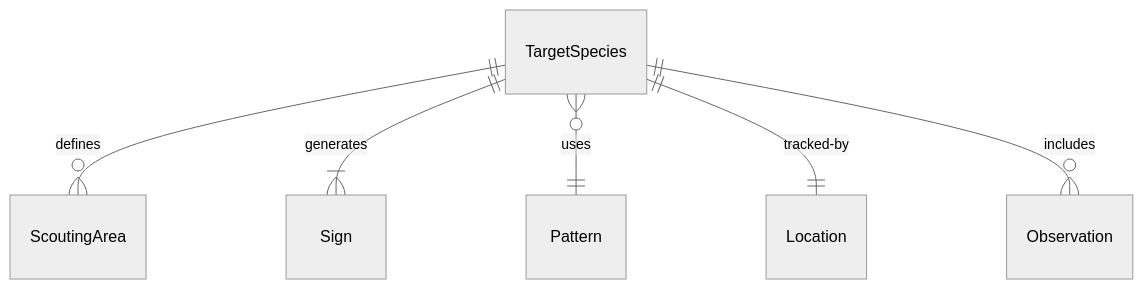
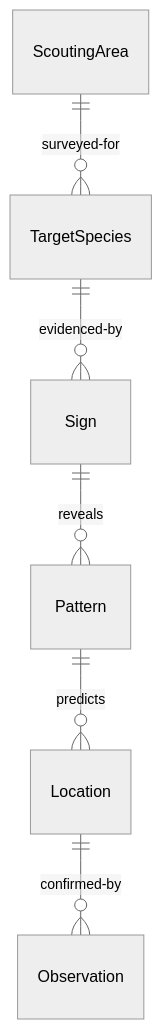
One commit to dot-org-ai/tasks.org.ai changed the first of 4 diagrams in HandlingAndMovingObjects/HuntAnimals/LocateAnimalsFishingHuntingPurposes.mdx. Above: the diagram before and after it, drawn with Mermaid (neutral theme). The commit also changed other lines of this file and 515 other files, not shown here.

````diff
--- a/HandlingAndMovingObjects/HuntAnimals/LocateAnimalsFishingHuntingPurposes.mdx
+++ b/HandlingAndMovingObjects/HuntAnimals/LocateAnimalsFishingHuntingPurposes.mdx
@@ -89,8 +89,8 @@
 ```mermaid
 erDiagram
-    TargetSpecies ||--o{ ScoutingArea : "defines"
-    TargetSpecies ||--|{ Sign : "generates"
-    TargetSpecies }o--|| Pattern : "uses"
-    TargetSpecies ||--|| Location : "tracked-by"
-    TargetSpecies ||--o{ Observation : "includes"
+    ScoutingArea ||--o{ TargetSpecies : "surveyed-for"
+    TargetSpecies ||--o{ Sign : "evidenced-by"
+    Sign ||--o{ Pattern : "reveals"
+    Pattern ||--o{ Location : "predicts"
+    Location ||--o{ Observation : "confirmed-by"
 ```
````
